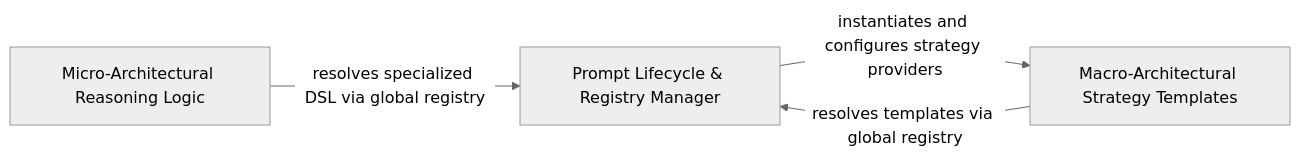
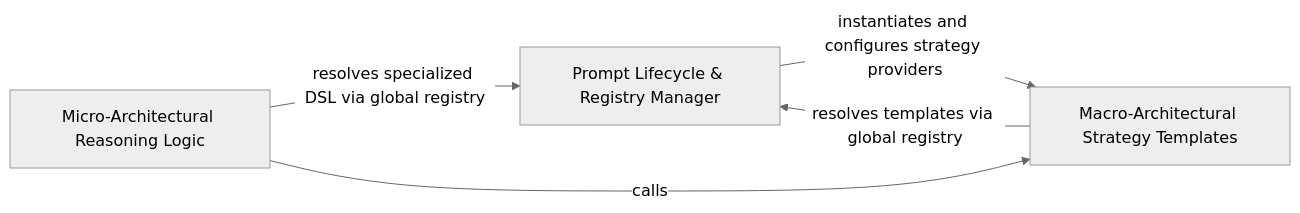
One commit to CodeBoarding/CodeBoarding changed the diagram in .codeboarding/Prompt_Specification_Base_Logic.md. Above: the diagram before and after it, drawn with Mermaid (neutral theme). The commit also changed other lines of this file and 62 other files, not shown here.

Commit message:
chore(codeboarding): sync architecture baseline

````diff
--- a/.codeboarding/Prompt_Specification_Base_Logic.md
+++ b/.codeboarding/Prompt_Specification_Base_Logic.md
@@ -1,9 +1,10 @@
 ```mermaid
 graph LR
     Prompt_Lifecycle_Registry_Manager["Prompt Lifecycle & Registry Manager"]
     Macro_Architectural_Strategy_Templates["Macro-Architectural Strategy Templates"]
     Micro_Architectural_Reasoning_Logic["Micro-Architectural Reasoning Logic"]
     Prompt_Lifecycle_Registry_Manager -- "instantiates and configures strategy providers" --> Macro_Architectural_Strategy_Templates
     Macro_Architectural_Strategy_Templates -- "resolves templates via global registry" --> Prompt_Lifecycle_Registry_Manager
     Micro_Architectural_Reasoning_Logic -- "resolves specialized DSL via global registry" --> Prompt_Lifecycle_Registry_Manager
+    Micro_Architectural_Reasoning_Logic -- "calls" --> Macro_Architectural_Strategy_Templates
 ```
````
